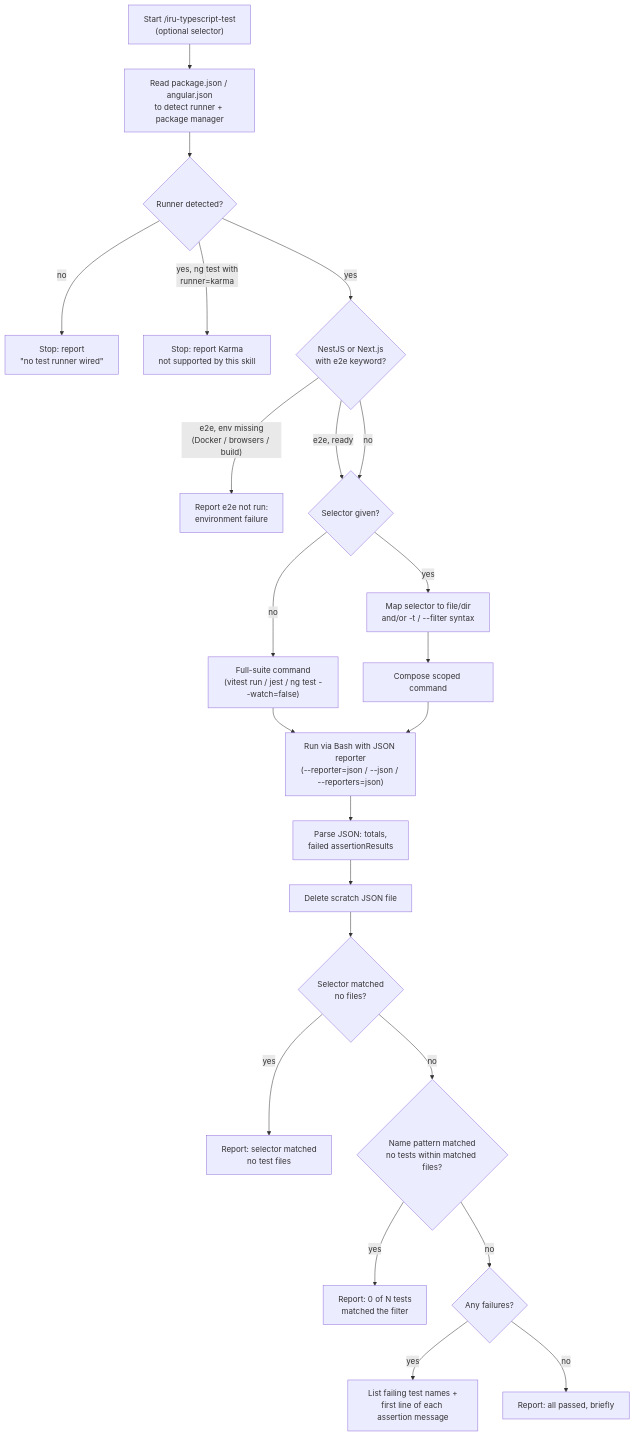
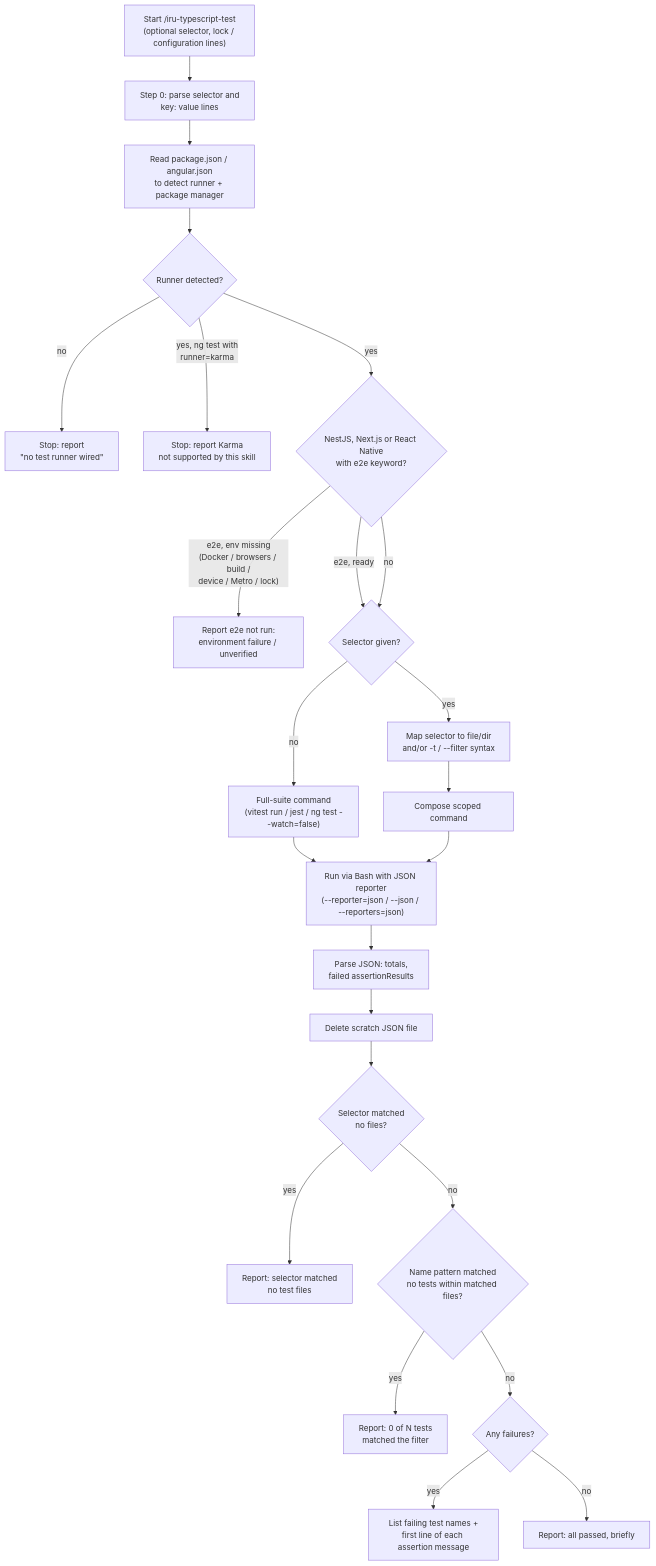
One commit to albertoirurueta/ai-catalog changed the diagram in docs/modules/ROOT/pages/skills/iru-typescript-test.adoc. Above: the diagram before and after it, drawn with Mermaid. The commit also changed other lines of this file and 138 other files, not shown here.

First line of the commit message:
Add Kotlin Multiplatform and React Native (Expo + Metro) support (#24)

```diff
--- a/docs/modules/ROOT/pages/skills/iru-typescript-test.adoc
+++ b/docs/modules/ROOT/pages/skills/iru-typescript-test.adoc
@@ -149,26 +178,27 @@
 [mermaid]
 ....
 flowchart TD
-    A["Start /iru-typescript-test\n(optional selector)"] --> B["Read package.json / angular.json\nto detect runner + package manager"]
+    A["Start /iru-typescript-test\n(optional selector, lock / configuration lines)"] --> A0["Step 0: parse selector and\nkey: value lines"]
+    A0 --> B["Read package.json / angular.json\nto detect runner + package manager"]
     B --> C{Runner detected?}
     C -- no --> D["Stop: report\n&quot;no test runner wired&quot;"]
     C -- yes, ng test with\nrunner=karma --> E["Stop: report Karma\nnot supported by this skill"]
-    C -- yes --> C2{"NestJS or Next.js\nwith e2e keyword?"}
-    C2 -- "e2e, env missing\n(Docker / browsers / build)" --> C3["Report e2e not run:\nenvironment failure"]
+    C -- yes --> C2{"NestJS, Next.js or React Native\nwith e2e keyword?"}
+    C2 -- "e2e, env missing\n(Docker / browsers / build /\ndevice / Metro / lock)" --> C3["Report e2e not run:\nenvironment failure / unverified"]
     C2 -- "e2e, ready" --> F
     C2 -- "no" --> F{Selector given?}
     F -- no --> G["Full-suite command\n(vitest run / jest / ng test --watch=false)"]
     F -- yes --> H["Map selector to file/dir\nand/or -t / --filter syntax"]
     H --> I["Compose scoped command"]
     G --> J["Run via Bash with JSON reporter\n(--reporter=json / --json / --reporters=json)"]
     I --> J
     J --> K["Parse JSON: totals,\nfailed assertionResults"]
     K --> L["Delete scratch JSON file"]
     L --> M{Selector matched\nno files?}
     M -- yes --> N["Report: selector matched\nno test files"]
     M -- no --> O{Name pattern matched\nno tests within matched files?}
     O -- yes --> P["Report: 0 of N tests\nmatched the filter"]
     O -- no --> Q{Any failures?}
     Q -- yes --> R["List failing test names +\nfirst line of each assertion message"]
     Q -- no --> S["Report: all passed, briefly"]
 ....
```
